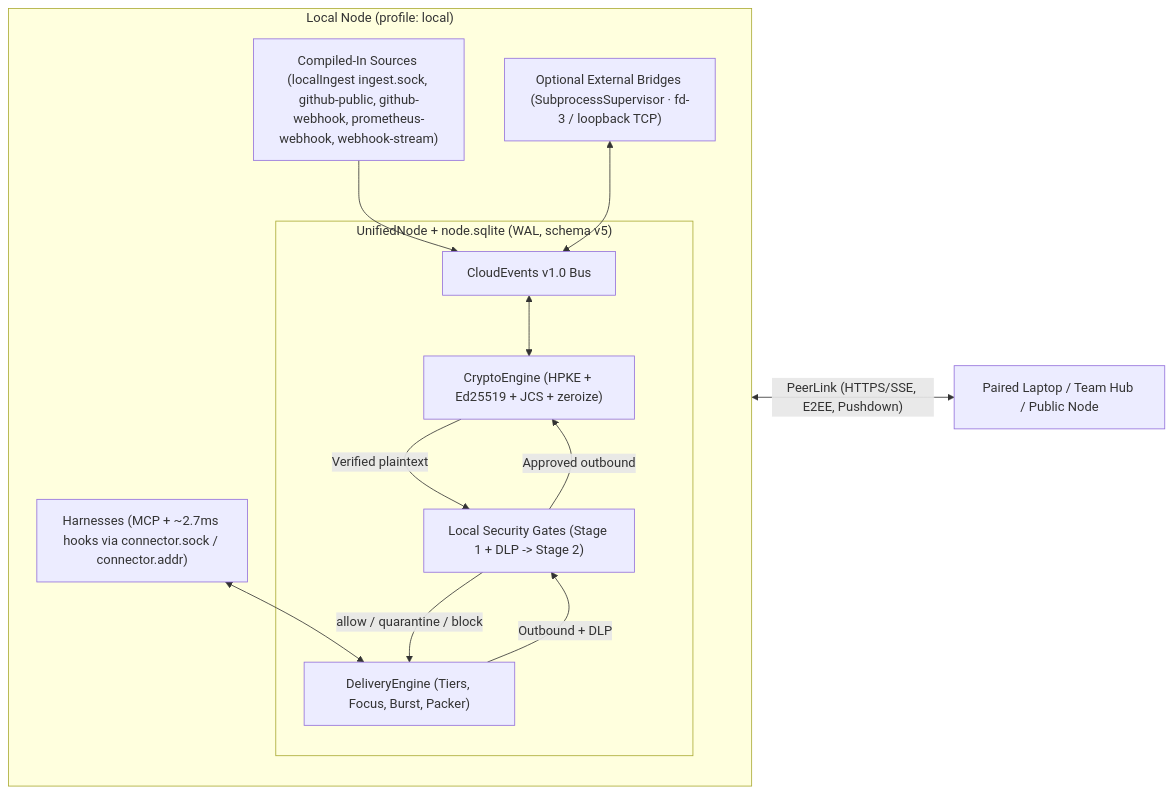
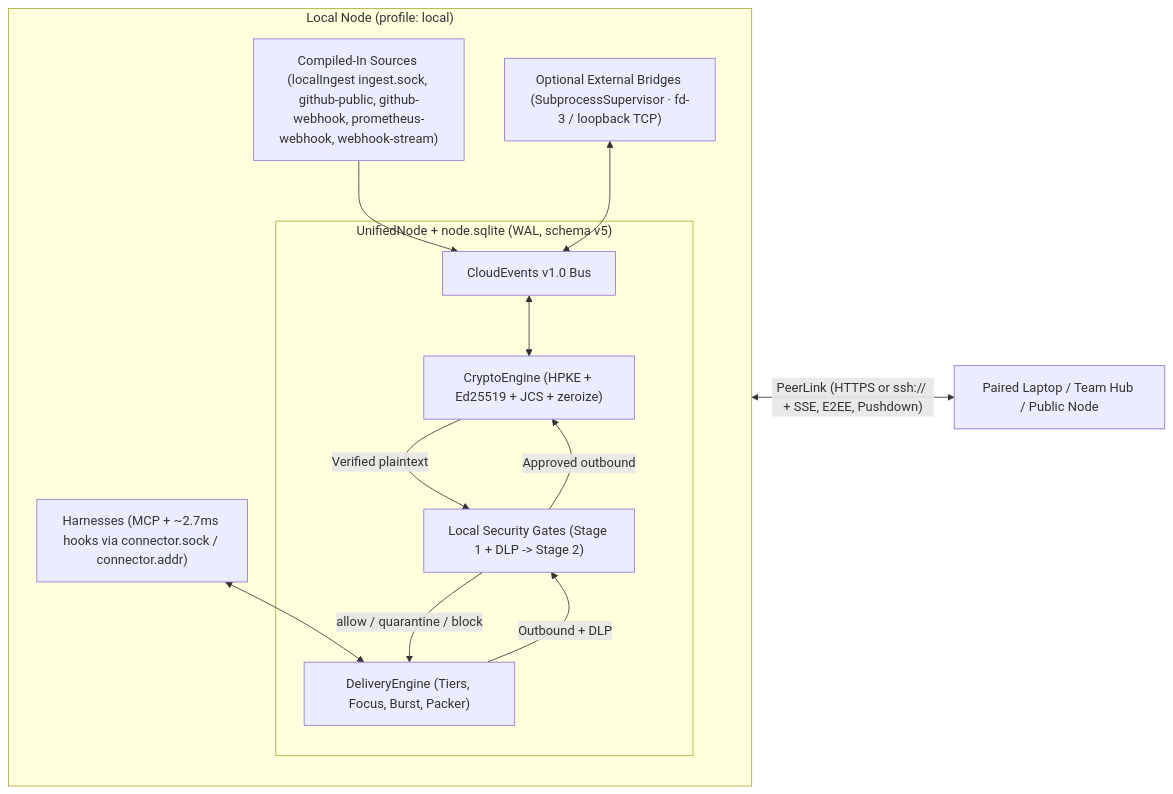
The diagram in docs/internals/architecture.md (hyphae-to/hyp), drawn with Mermaid before and after one commit. The commit also changed other lines of this file and 25 other files, not shown here.

Commit message:
feat(transport,doctor): add optional ssh:// peer transport, hyp connect, hyp pair ssh, and Tailscale operational doctor probes

````diff
--- a/docs/internals/architecture.md
+++ b/docs/internals/architecture.md
@@ -9,27 +9,27 @@
 ```mermaid
 flowchart LR
   subgraph LocalNode["Local Node (profile: local)"]
     direction TB
     Harnesses["Harnesses (MCP + ~2.7ms hooks via connector.sock / connector.addr)"]
     Sources["Compiled-In Sources (localIngest ingest.sock, github-public, github-webhook, prometheus-webhook, webhook-stream)"]
     Bridges["Optional External Bridges (SubprocessSupervisor · fd-3 / loopback TCP)"]
 
     subgraph Core["UnifiedNode + node.sqlite (WAL, schema v5)"]
       Bus["CloudEvents v1.0 Bus"]
       Crypto["CryptoEngine (HPKE + Ed25519 + JCS + zeroize)"]
       Gates["Local Security Gates (Stage 1 + DLP -> Stage 2)"]
       Delivery["DeliveryEngine (Tiers, Focus, Burst, Packer)"]
     end
 
     Harnesses <--> Delivery
     Sources --> Bus
     Bridges <--> Bus
     Bus <--> Crypto
     Crypto -->|"Verified plaintext"| Gates
     Gates -->|"allow / quarantine / block"| Delivery
     Delivery -->|"Outbound + DLP"| Gates
     Gates -->|"Approved outbound"| Crypto
   end
 
-  Crypto <-->|"PeerLink (HTTPS/SSE, E2EE, Pushdown)"| Remote["Paired Laptop / Team Hub / Public Node"]
+  Crypto <-->|"PeerLink (HTTPS or ssh:// + SSE, E2EE, Pushdown)"| Remote["Paired Laptop / Team Hub / Public Node"]
 ```
````
